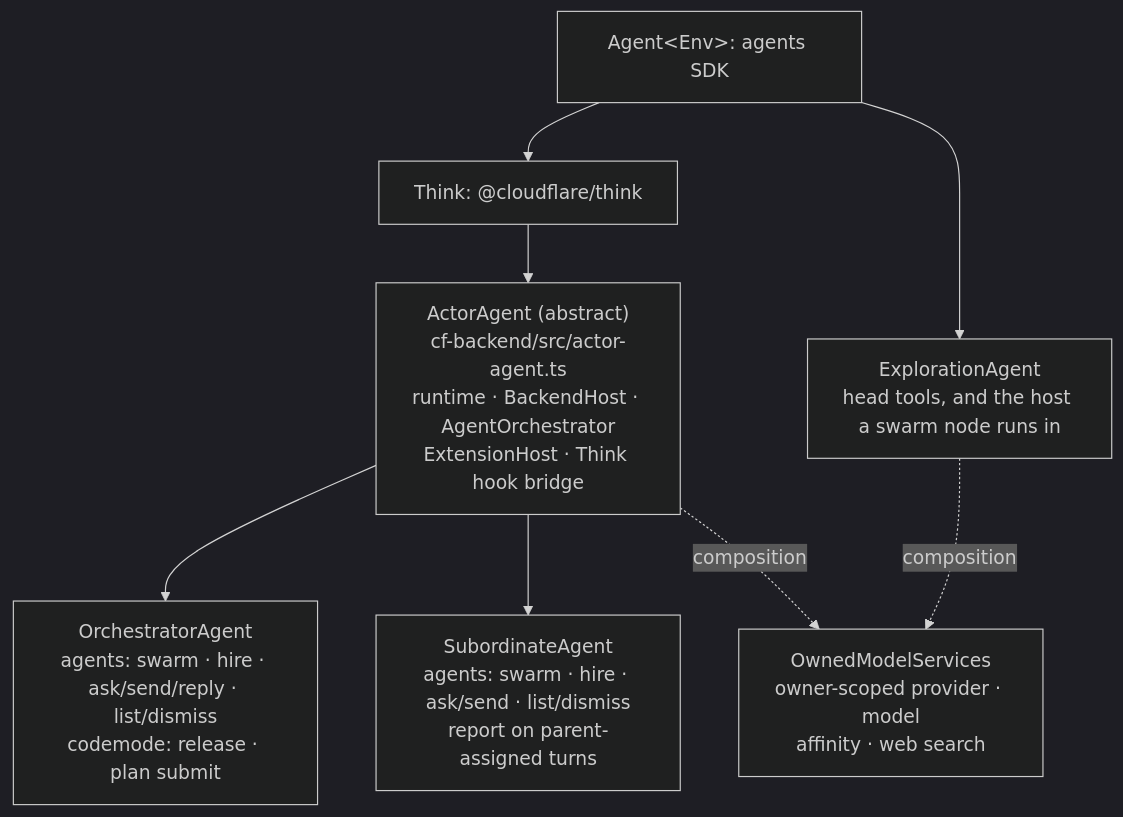
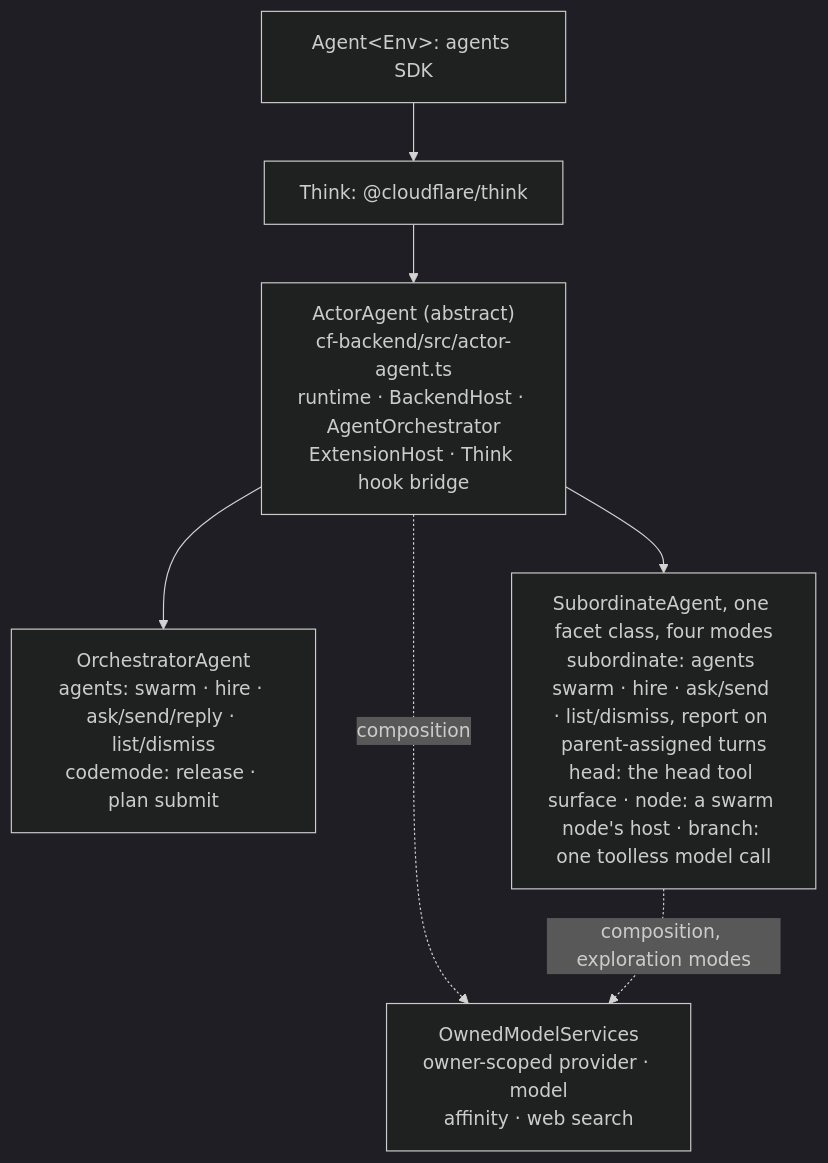
Before and after one commit to AshishKumar4/kinu: the second of 5 diagrams in docs/ARCHITECTURE.md, drawn with Mermaid (dark theme). The commit also changed other lines of this file and 66 other files, not shown here.

````diff
--- a/docs/ARCHITECTURE.md
+++ b/docs/ARCHITECTURE.md
@@ -61,17 +60,15 @@
 ```mermaid
 graph TB
     A["Agent&lt;Env&gt;: agents SDK"]
     T["Think: @cloudflare/think"]
     AA["ActorAgent (abstract)<br/>cf-backend/src/actor-agent.ts<br/>runtime · BackendHost · AgentOrchestrator<br/>ExtensionHost · Think hook bridge"]
     O["OrchestratorAgent<br/>agents: swarm · hire · ask/send/reply · list/dismiss<br/>codemode: release · plan submit"]
-    S["SubordinateAgent<br/>agents: swarm · hire · ask/send · list/dismiss<br/>report on parent-assigned turns"]
-    E["ExplorationAgent<br/>head tools, and the host a swarm node runs in"]
+    S["SubordinateAgent, one facet class, four modes<br/>subordinate: agents swarm · hire · ask/send · list/dismiss, report on parent-assigned turns<br/>head: the head tool surface · node: a swarm node's host · branch: one toolless model call"]
     OMS["OwnedModelServices<br/>owner-scoped provider · model<br/>affinity · web search"]
 
     A --> T --> AA
     AA --> O
     AA --> S
-    A --> E
     AA -.->|composition| OMS
-    E -.->|composition| OMS
+    S -.->|composition, exploration modes| OMS
 ```
````
